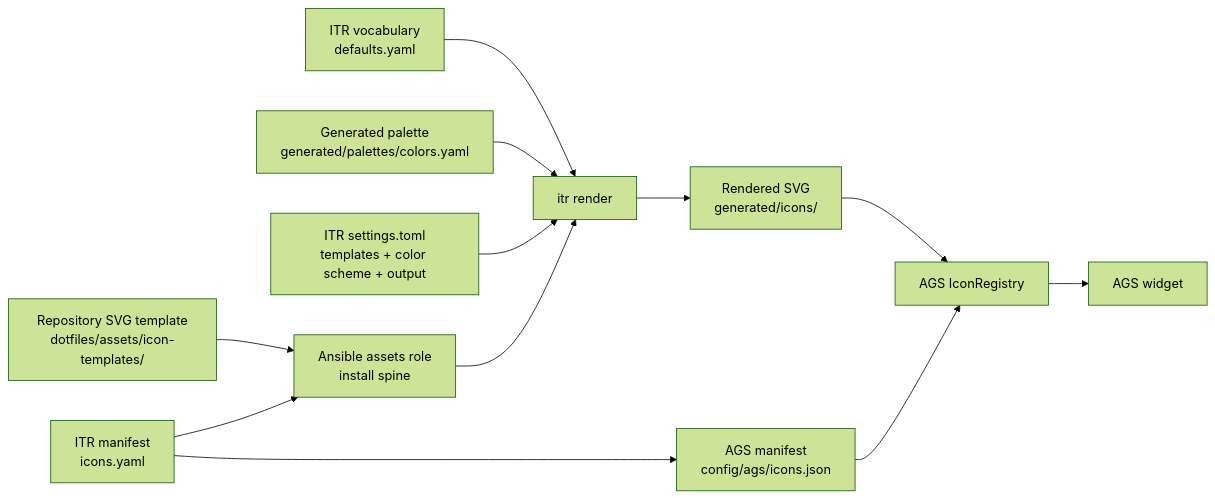
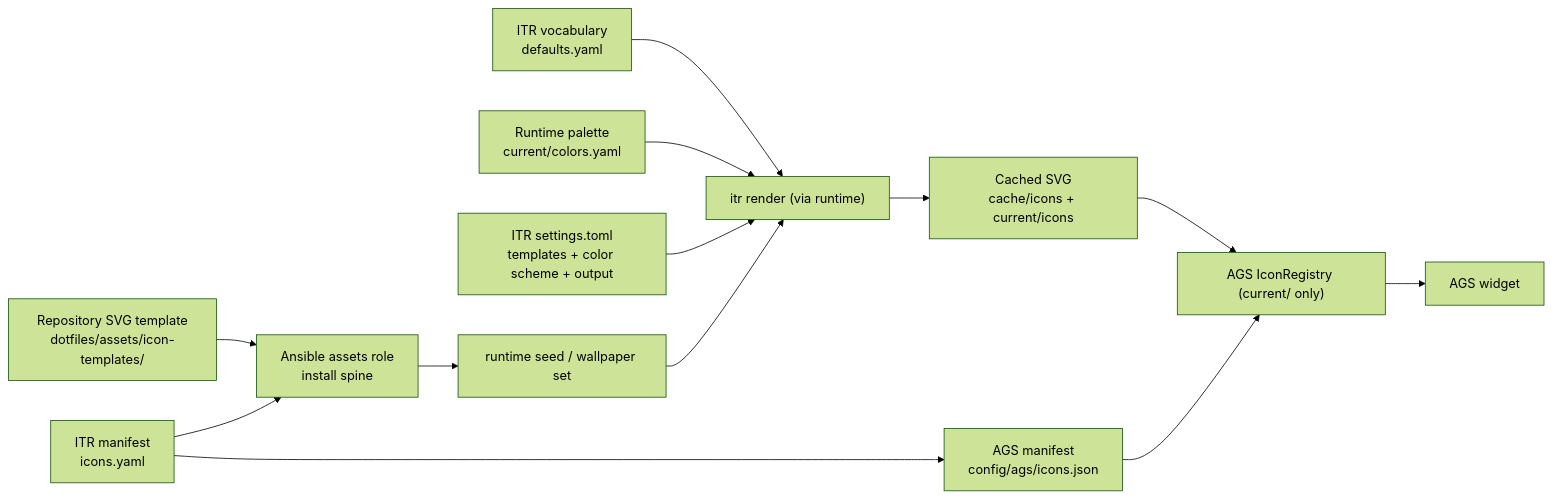
One commit to RandomGenericUsername/dotfiles-v3 changed the diagram in docs/Adding an Icon — ITR and Provisioning Pipeline.md. Above: the diagram before and after it, drawn with Mermaid (forest theme). The commit also changed other lines of this file and 49 other files, not shown here.

First line of the commit message:
feat(epic-4): runtime owns all generated artifacts (rt-4-1..rt-4-4)

````diff
--- a/docs/Adding an Icon — ITR and Provisioning Pipeline.md
+++ b/docs/Adding an Icon — ITR and Provisioning Pipeline.md
@@ -22,26 +29,28 @@
 ```mermaid
 flowchart LR
     SVG["Repository SVG template<br/>dotfiles/assets/icon-templates/"]
     YAML["ITR manifest<br/>icons.yaml"]
     DEFAULTS["ITR vocabulary<br/>defaults.yaml"]
-    PALETTE["Generated palette<br/>generated/palettes/colors.yaml"]
+    PALETTE["Runtime palette<br/>current/colors.yaml"]
     ASSETS["Ansible assets role<br/>install spine"]
     SETTINGS["ITR settings.toml<br/>templates + color scheme + output"]
-    ITR["itr render"]
-    GENERATED["Rendered SVG<br/>generated/icons/"]
+    SEED["runtime seed / wallpaper set"]
+    ITR["itr render (via runtime)"]
+    CACHE["Cached SVG<br/>cache/icons + current/icons"]
     JSON["AGS manifest<br/>config/ags/icons.json"]
-    REGISTRY["AGS IconRegistry"]
+    REGISTRY["AGS IconRegistry (current/ only)"]
     WIDGET["AGS widget"]
 
     SVG --> ASSETS
     YAML --> ASSETS
     DEFAULTS --> ITR
     PALETTE --> ITR
     SETTINGS --> ITR
-    ASSETS --> ITR
-    ITR --> GENERATED
+    ASSETS --> SEED
+    SEED --> ITR
+    ITR --> CACHE
     YAML --> JSON
-    GENERATED --> REGISTRY
+    CACHE --> REGISTRY
     JSON --> REGISTRY
     REGISTRY --> WIDGET
 ```
````
